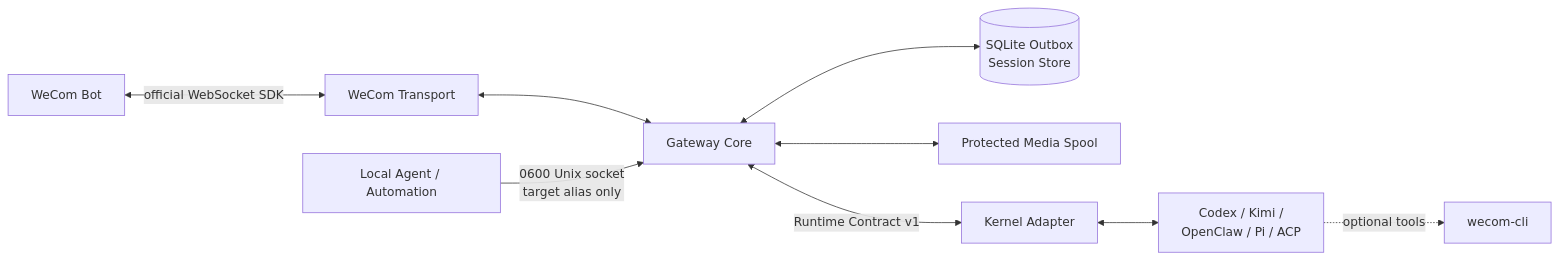
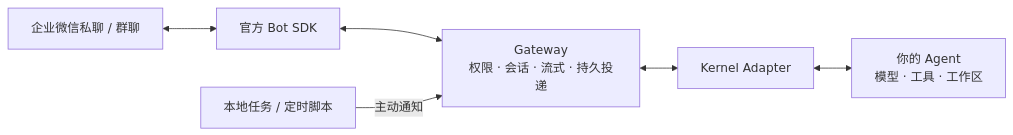
One commit to fyaic/wecom-agent-gateway changed the diagram in README.md. Above: the diagram before and after it, drawn with Mermaid. The commit also changed other lines of this file and 22 other files, not shown here.

````diff
--- a/README.md
+++ b/README.md
@@ -198,11 +117,8 @@
 ```mermaid
 flowchart LR
-    W[WeCom Bot] <-->|official WebSocket SDK| T[WeCom Transport]
-    T <--> C[Gateway Core]
-    C <--> S[(SQLite Outbox<br/>Session Store)]
-    C <--> M[Protected Media Spool]
-    L[Local Agent / Automation] -->|0600 Unix socket<br/>target alias only| C
-    C <-->|Runtime Contract v1| A[Kernel Adapter]
-    A <--> K[Codex / Kimi /<br/>OpenClaw / Pi / ACP]
-    K -. optional tools .-> CLI[wecom-cli]
+    U[企业微信私聊 / 群聊] <--> B[官方 Bot SDK]
+    B <--> G[Gateway<br/>权限 · 会话 · 流式 · 持久投递]
+    G <--> A[Kernel Adapter]
+    A <--> K[你的 Agent<br/>模型 · 工具 · 工作区]
+    S[本地任务 / 定时脚本] -->|主动通知| G
 ```
````
